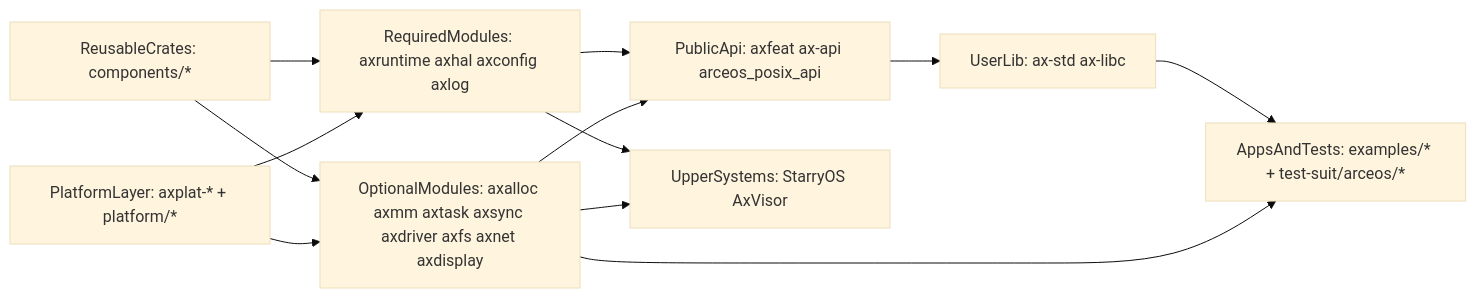
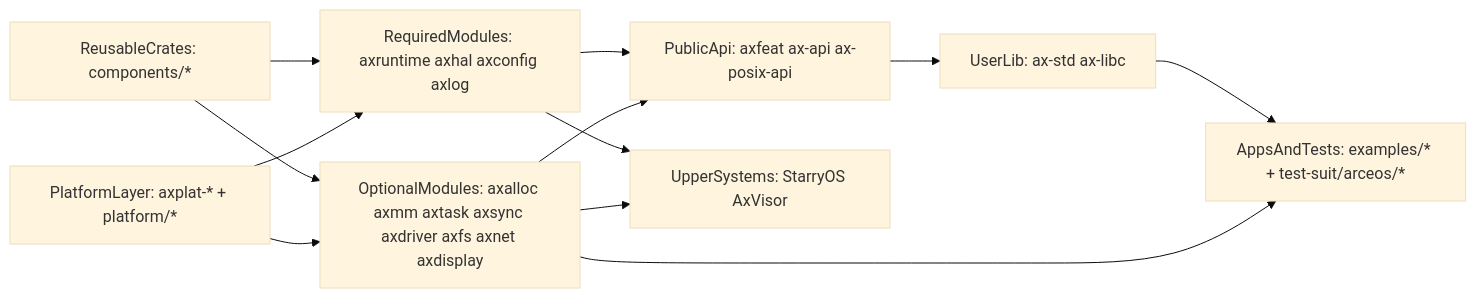
Before and after one commit to zKurisu/tgoskits: the first of 5 diagrams in docs/arceos-internals.md, drawn with Mermaid (base theme). The commit also changed other lines of this file and 39 other files, not shown here.

Commit message:
rename arceos_posix_api to ax-posix-api

````diff
--- a/docs/arceos-internals.md
+++ b/docs/arceos-internals.md
@@ -36,23 +36,23 @@
 ```mermaid
 flowchart LR
     reusableCrates["ReusableCrates: components/*"]
     platformLayer["PlatformLayer: axplat-* + platform/*"]
     requiredModules["RequiredModules: axruntime axhal axconfig axlog"]
     optionalModules["OptionalModules: axalloc axmm axtask axsync axdriver axfs axnet axdisplay"]
-    publicApi["PublicApi: axfeat ax-api arceos_posix_api"]
+    publicApi["PublicApi: axfeat ax-api ax-posix-api"]
     userLib["UserLib: ax-std ax-libc"]
     appsAndTests["AppsAndTests: examples/* + test-suit/arceos/*"]
     upperSystems["UpperSystems: StarryOS AxVisor"]
 
     reusableCrates --> requiredModules
     reusableCrates --> optionalModules
     platformLayer --> requiredModules
     platformLayer --> optionalModules
     requiredModules --> publicApi
     optionalModules --> publicApi
     publicApi --> userLib
     userLib --> appsAndTests
     optionalModules --> appsAndTests
     requiredModules --> upperSystems
     optionalModules --> upperSystems
 ```
````
